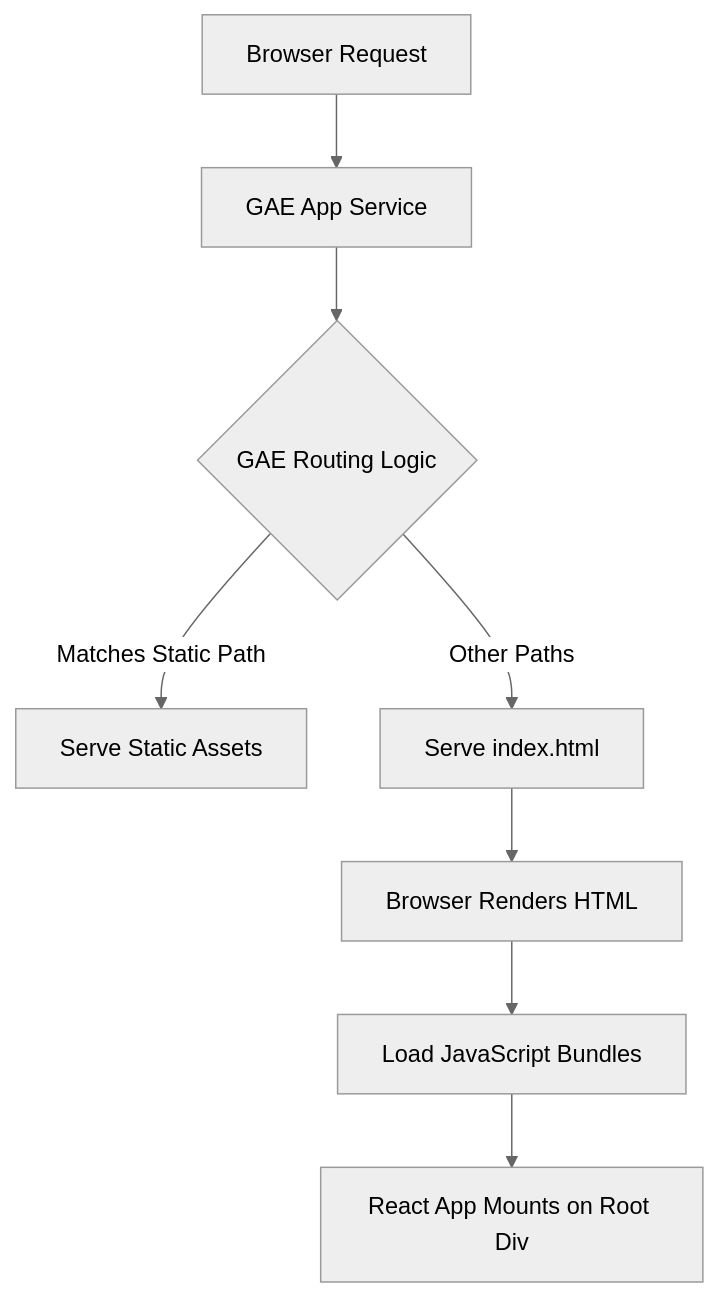
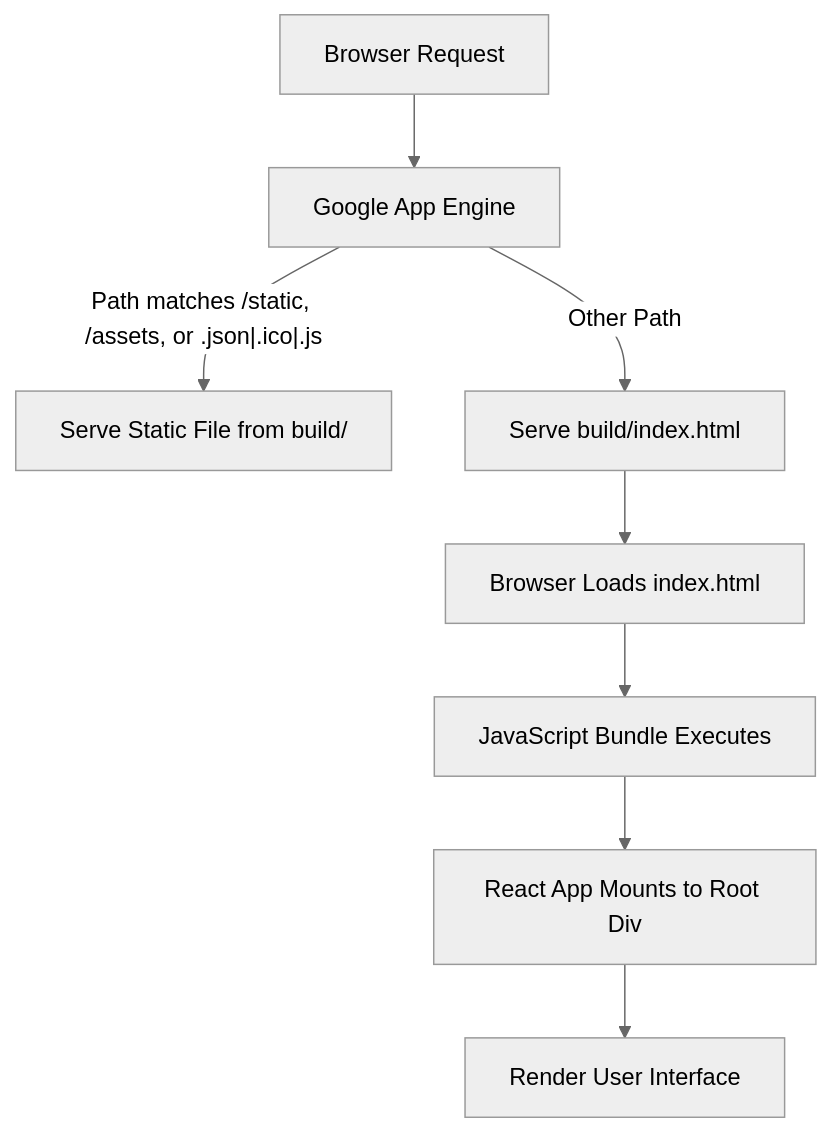
The diagram in docs/REPOSITORY_OVERVIEW.md (test-company-prowiz/maxify_frontend), drawn with Mermaid (neutral theme) before and after one commit. The commit also changed other lines of this file, not shown here.

````diff
--- a/docs/REPOSITORY_OVERVIEW.md
+++ b/docs/REPOSITORY_OVERVIEW.md
@@ -36,10 +53,10 @@
 ```mermaid
 graph TD
-A[Browser Request] --> B[GAE App Service]
-B --> C{GAE Routing Logic}
-C -- Matches Static Path --> D[Serve Static Assets]
-C -- Other Paths --> E[Serve index.html]
-E --> F[Browser Renders HTML]
-F --> G[Load JavaScript Bundles]
-G --> H[React App Mounts on Root Div]
+A[Browser Request] --> B[Google App Engine]
+B -- Path matches /static, /assets, or .json|.ico|.js --> C[Serve Static File from build/]
+B -- Other Path --> D[Serve build/index.html]
+D --> E[Browser Loads index.html]
+E --> F[JavaScript Bundle Executes]
+F --> G[React App Mounts to Root Div]
+G --> H[Render User Interface]
 ```
````
